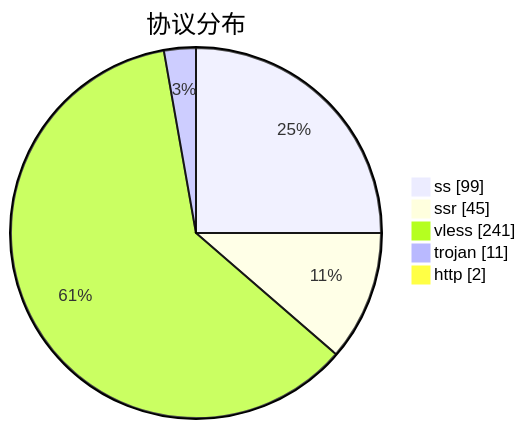
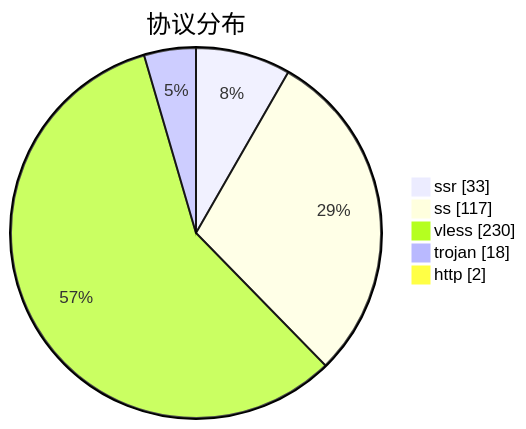
Before and after one commit to qjlxg/airport: the third of 3 diagrams in subs/statistics/tested_within.md, drawn with Mermaid. The commit also changed other lines of this file and 2 other files, not shown here.

````diff
--- a/subs/statistics/tested_within.md
+++ b/subs/statistics/tested_within.md
@@ -19,9 +18,9 @@
 ```mermaid
 pie showData
 title 协议分布
-"ss" : 99
-"ssr" : 45
-"vless" : 241
-"trojan" : 11
+"ssr" : 33
+"ss" : 117
+"vless" : 230
+"trojan" : 18
 "http" : 2
 ```
````
